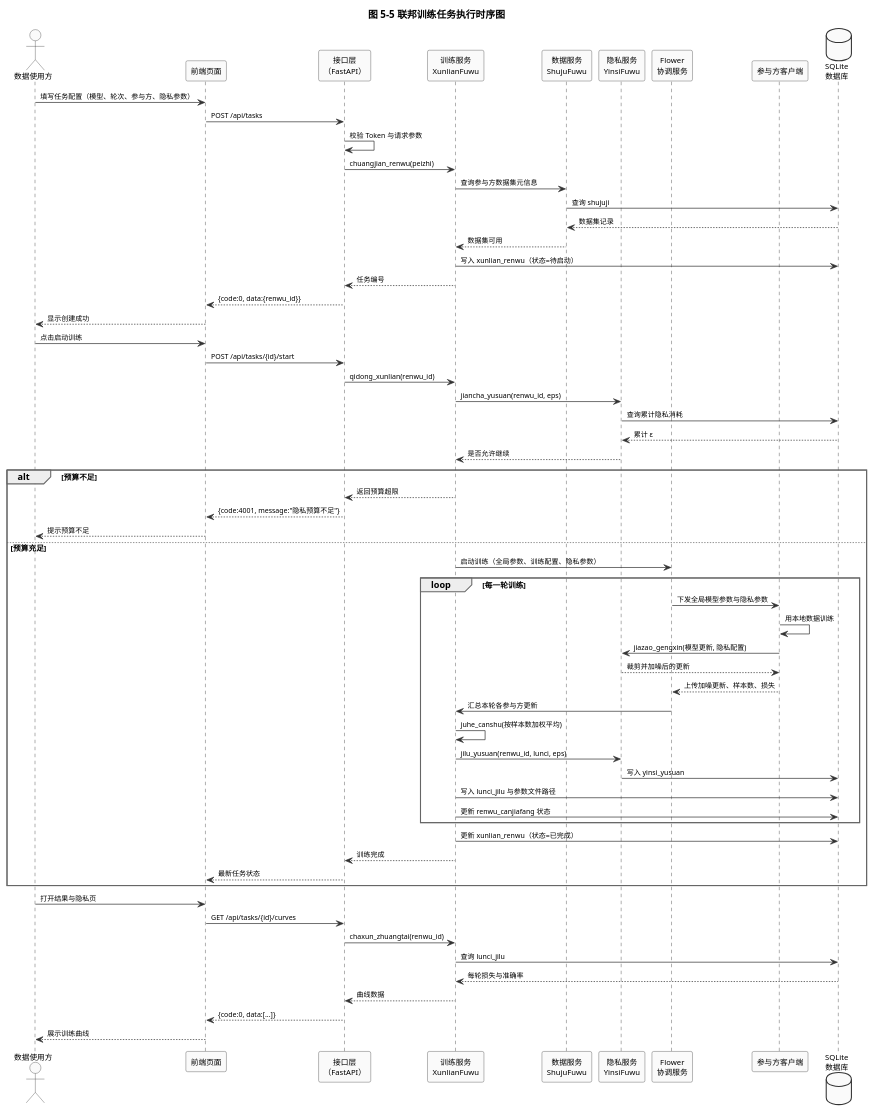
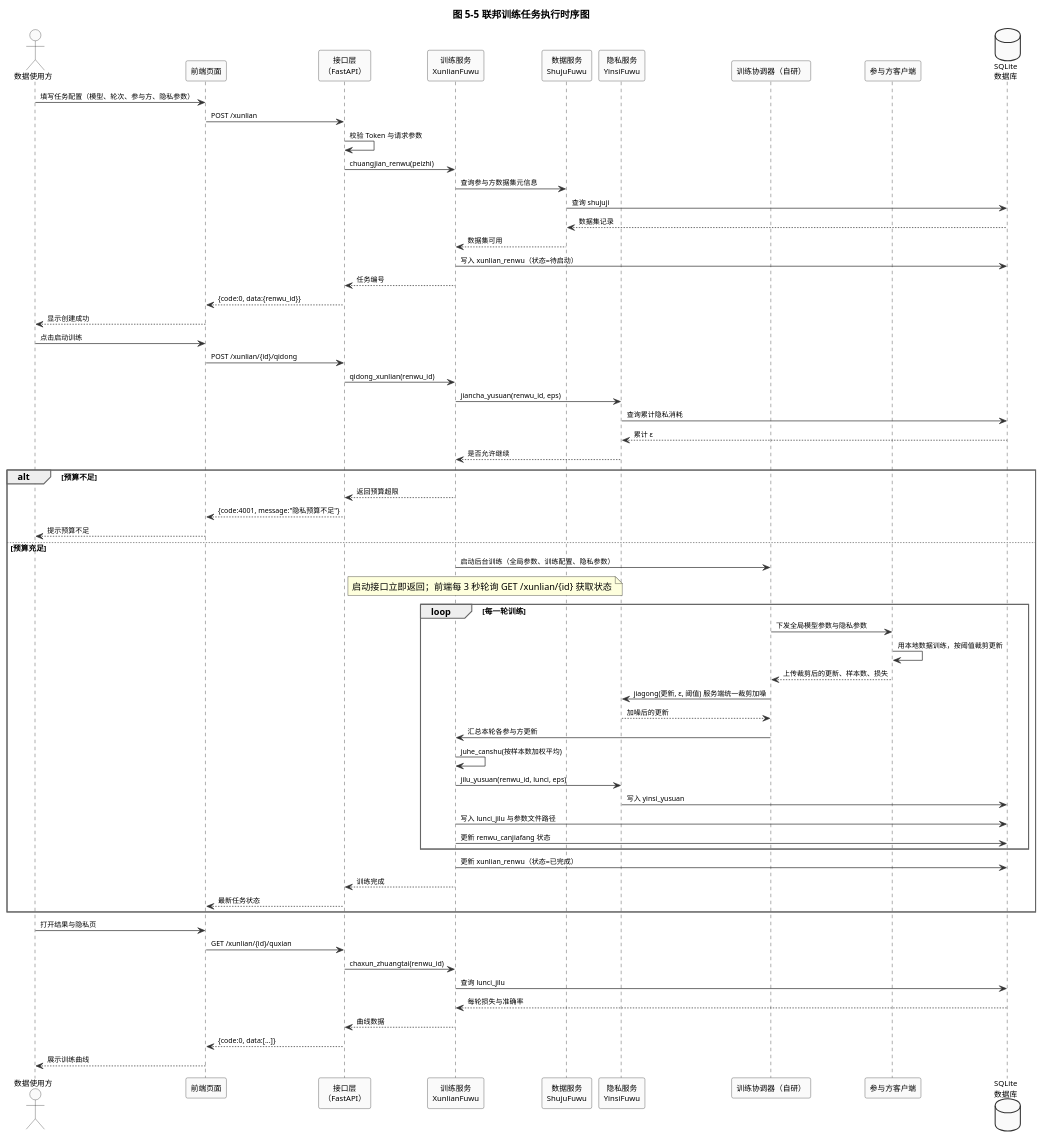
The diagram in Experiment5/uml/shixu_1_lianhe_xunlian.puml (Alanxbr/SoftwareEngineering-Lab), drawn with PlantUML before and after one commit. The commit also changed 12 other files, not shown here.

Commit message:
docs(experiment2/4/5): 设计文档与图源同步实现

```diff
--- a/Experiment5/uml/shixu_1_lianhe_xunlian.puml
+++ b/Experiment5/uml/shixu_1_lianhe_xunlian.puml
@@ -1,95 +1,96 @@
 @startuml
 skinparam shadowing false
 skinparam defaultFontName Microsoft YaHei
 skinparam sequenceMessageAlign left
 skinparam responseMessageBelowArrow true
 skinparam participant {
   BackgroundColor #FAFAFA
   BorderColor #333333
   FontSize 11
 }
 skinparam actor {
   BackgroundColor #FAFAFA
   BorderColor #333333
   FontSize 11
 }
 skinparam database {
   BackgroundColor #FAFAFA
   BorderColor #333333
   FontSize 11
 }
 skinparam arrow {
   Color #333333
   FontSize 10
 }
 skinparam sequenceGroup {
   BorderColor #666666
 }
 
 title 图 5-5 联邦训练任务执行时序图
 
 actor "数据使用方" as U
 participant "前端页面" as FE
 participant "接口层\n（FastAPI）" as API
 participant "训练服务\nXunlianFuwu" as FT
 participant "数据服务\nShujuFuwu" as DM
 participant "隐私服务\nYinsiFuwu" as PP
-participant "Flower\n协调服务" as FL
+participant "训练协调器（自研）" as FL
 participant "参与方客户端" as CL
 database "SQLite\n数据库" as DB
 
 U -> FE : 填写任务配置（模型、轮次、参与方、隐私参数）
-FE -> API : POST /api/tasks
+FE -> API : POST /xunlian
 API -> API : 校验 Token 与请求参数
 API -> FT : chuangjian_renwu(peizhi)
 FT -> DM : 查询参与方数据集元信息
 DM -> DB : 查询 shujuji
 DB --> DM : 数据集记录
 DM --> FT : 数据集可用
 FT -> DB : 写入 xunlian_renwu（状态=待启动）
 FT --> API : 任务编号
 API --> FE : {code:0, data:{renwu_id}}
 FE --> U : 显示创建成功
 
 U -> FE : 点击启动训练
-FE -> API : POST /api/tasks/{id}/start
+FE -> API : POST /xunlian/{id}/qidong
 API -> FT : qidong_xunlian(renwu_id)
 FT -> PP : jiancha_yusuan(renwu_id, eps)
 PP -> DB : 查询累计隐私消耗
 DB --> PP : 累计 ε
 PP --> FT : 是否允许继续
 
 alt 预算不足
   FT --> API : 返回预算超限
   API --> FE : {code:4001, message:"隐私预算不足"}
   FE --> U : 提示预算不足
 else 预算充足
-  FT -> FL : 启动训练（全局参数、训练配置、隐私参数）
+  FT -> FL : 启动后台训练（全局参数、训练配置、隐私参数）
+note right of API : 启动接口立即返回；前端每 3 秒轮询 GET /xunlian/{id} 获取状态
   loop 每一轮训练
     FL -> CL : 下发全局模型参数与隐私参数
-    CL -> CL : 用本地数据训练
-    CL -> PP : jiazao_gengxin(模型更新, 隐私配置)
-    PP --> CL : 裁剪并加噪后的更新
-    CL --> FL : 上传加噪更新、样本数、损失
+    CL -> CL : 用本地数据训练，按阈值裁剪更新
+    CL --> FL : 上传裁剪后的更新、样本数、损失
+    FL -> PP : jiagong(更新, ε, 阈值) 服务端统一裁剪加噪
+    PP --> FL : 加噪后的更新
     FL -> FT : 汇总本轮各参与方更新
     FT -> FT : juhe_canshu(按样本数加权平均)
     FT -> PP : jilu_yusuan(renwu_id, lunci, eps)
     PP -> DB : 写入 yinsi_yusuan
     FT -> DB : 写入 lunci_jilu 与参数文件路径
     FT -> DB : 更新 renwu_canjiafang 状态
   end
   FT -> DB : 更新 xunlian_renwu（状态=已完成）
   FT --> API : 训练完成
   API --> FE : 最新任务状态
 end
 
 U -> FE : 打开结果与隐私页
-FE -> API : GET /api/tasks/{id}/curves
+FE -> API : GET /xunlian/{id}/quxian
 API -> FT : chaxun_zhuangtai(renwu_id)
 FT -> DB : 查询 lunci_jilu
 DB --> FT : 每轮损失与准确率
 FT --> API : 曲线数据
 API --> FE : {code:0, data:[...]}
 FE --> U : 展示训练曲线
 
 @enduml
```
